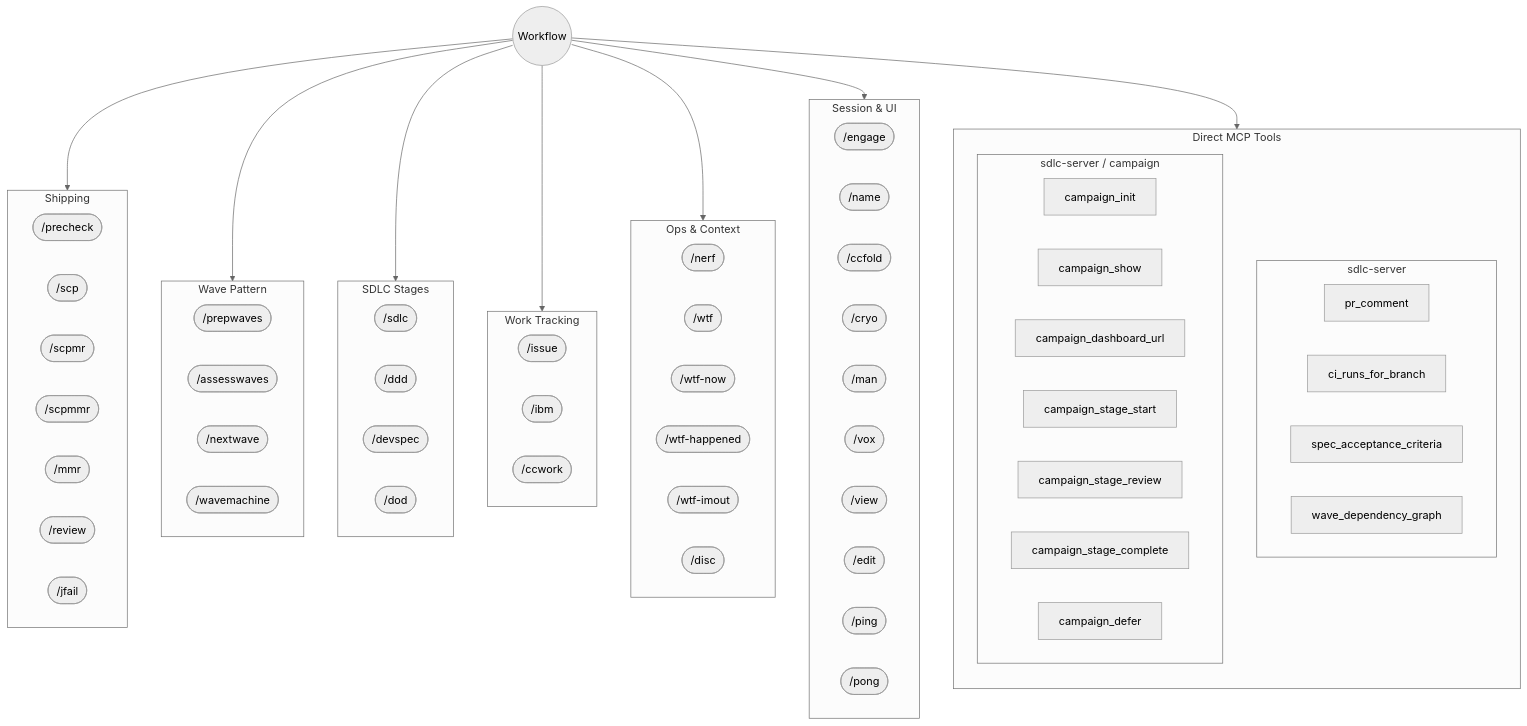
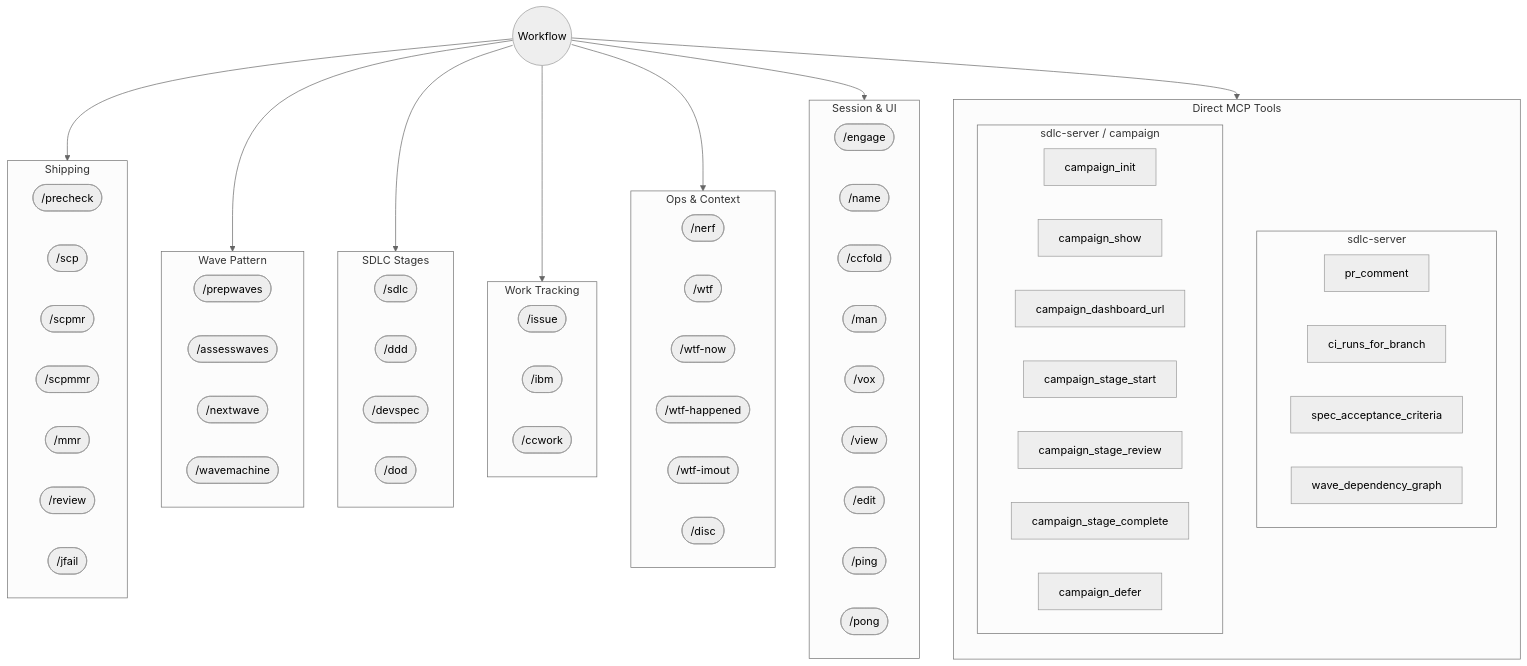
The diagram in docs/tool-skill-map.md (Wave-Engineering/claudecode-workflow), drawn with Mermaid (neutral theme) before and after one commit. The commit also changed other lines of this file and 13 other files, not shown here.

```diff
--- a/docs/tool-skill-map.md
+++ b/docs/tool-skill-map.md
@@ -56,7 +56,6 @@
     engage([/engage])
     name([/name])
     ccfold([/ccfold])
-    cryo([/cryo])
     man([/man])
     vox([/vox])
     view([/view])
```
